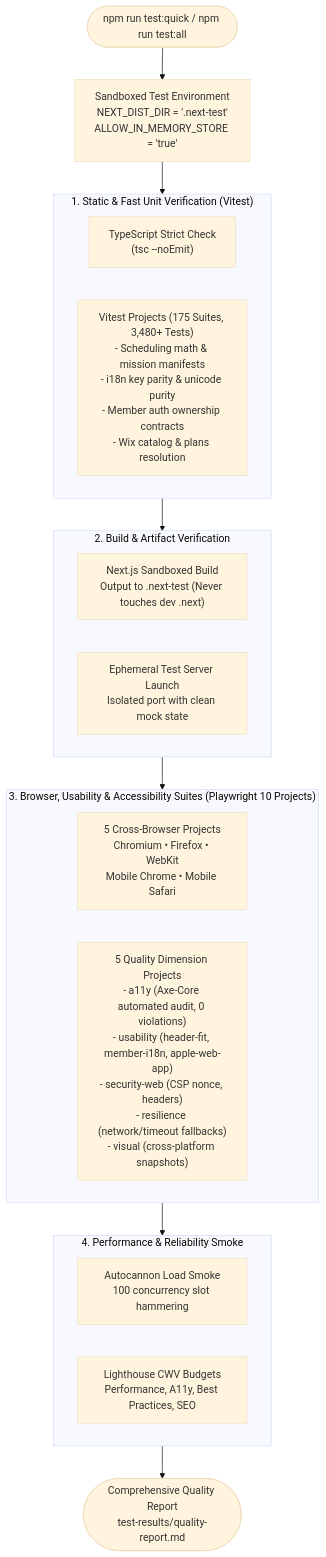
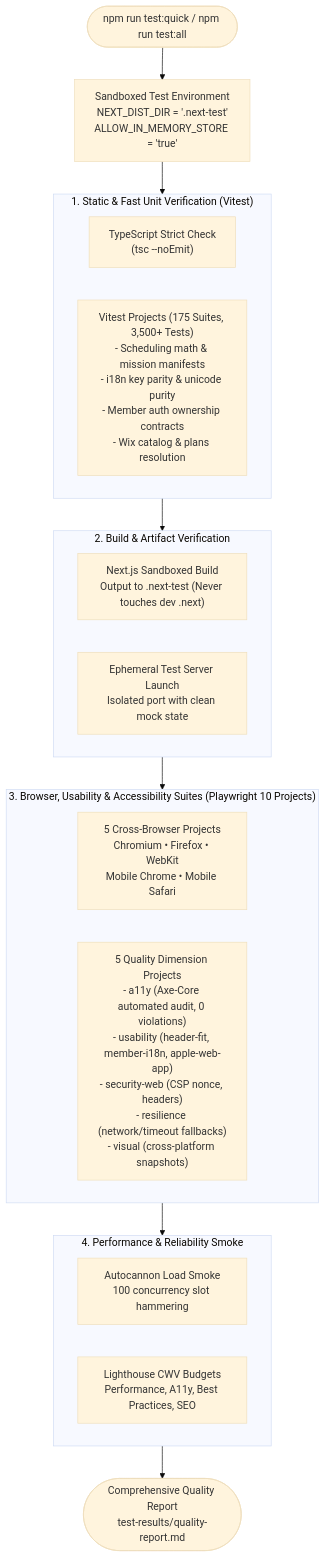
Before and after one commit to hatan4ik/simdream-website: the seventh of 7 diagrams in ARCHITECTURE.md, drawn with Mermaid (base theme). The commit also changed other lines of this file and 2 other files, not shown here.

Commit message:
docs: sync AGENTS, GENESIS, and ARCHITECTURE with v1.30.1 promo checkout and closing-tail fixes

````diff
--- a/ARCHITECTURE.md
+++ b/ARCHITECTURE.md
@@ -321,30 +321,30 @@
 ```mermaid
 flowchart TD
     Trigger(["npm run test:quick / npm run test:all"]) --> EnvCheck["Sandboxed Test Environment<br/>NEXT_DIST_DIR = '.next-test'<br/>ALLOW_IN_MEMORY_STORE = 'true'"]
 
     subgraph Stage1["1. Static & Fast Unit Verification (Vitest)"]
         Typecheck["TypeScript Strict Check<br/>(tsc --noEmit)"]
-        UnitTests["Vitest Projects (175 Suites, 3,480+ Tests)<br/>- Scheduling math & mission manifests<br/>- i18n key parity & unicode purity<br/>- Member auth ownership contracts<br/>- Wix catalog & plans resolution"]
+        UnitTests["Vitest Projects (175 Suites, 3,500+ Tests)<br/>- Scheduling math & mission manifests<br/>- i18n key parity & unicode purity<br/>- Member auth ownership contracts<br/>- Wix catalog & plans resolution"]
     end
 
     subgraph Stage2["2. Build & Artifact Verification"]
         SandboxedBuild["Next.js Sandboxed Build<br/>Output to .next-test (Never touches dev .next)"]
         ServerLaunch["Ephemeral Test Server Launch<br/>Isolated port with clean mock state"]
     end
 
     subgraph Stage3["3. Browser, Usability & Accessibility Suites (Playwright 10 Projects)"]
         BrowserProjects["5 Cross-Browser Projects<br/>Chromium • Firefox • WebKit<br/>Mobile Chrome • Mobile Safari"]
         QualityProjects["5 Quality Dimension Projects<br/>- a11y (Axe-Core automated audit, 0 violations)<br/>- usability (header-fit, member-i18n, apple-web-app)<br/>- security-web (CSP nonce, headers)<br/>- resilience (network/timeout fallbacks)<br/>- visual (cross-platform snapshots)"]
     end
 
     subgraph Stage4["4. Performance & Reliability Smoke"]
         LoadSmoke["Autocannon Load Smoke<br/>100 concurrency slot hammering"]
         LighthouseAudit["Lighthouse CWV Budgets<br/>Performance, A11y, Best Practices, SEO"]
     end
 
     EnvCheck --> Stage1
     Stage1 --> Stage2
     Stage2 --> Stage3
     Stage3 --> Stage4
     Stage4 --> QualityReport(["Comprehensive Quality Report<br/>test-results/quality-report.md"])
 ```
````
